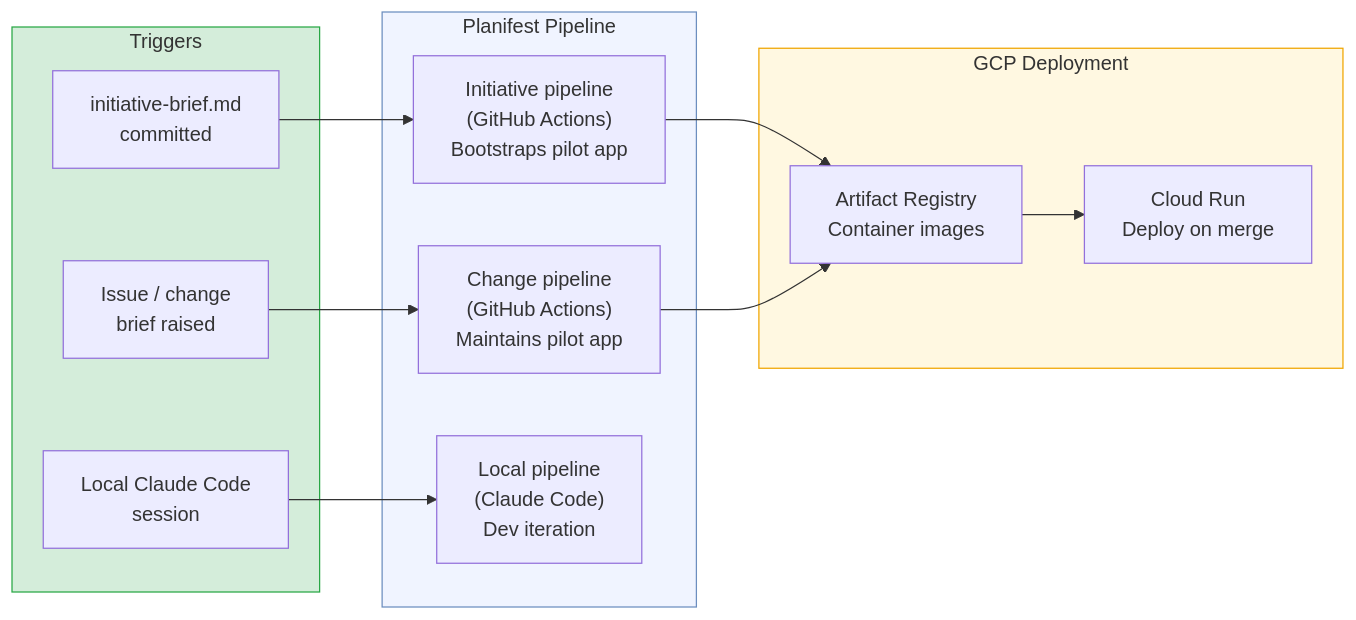
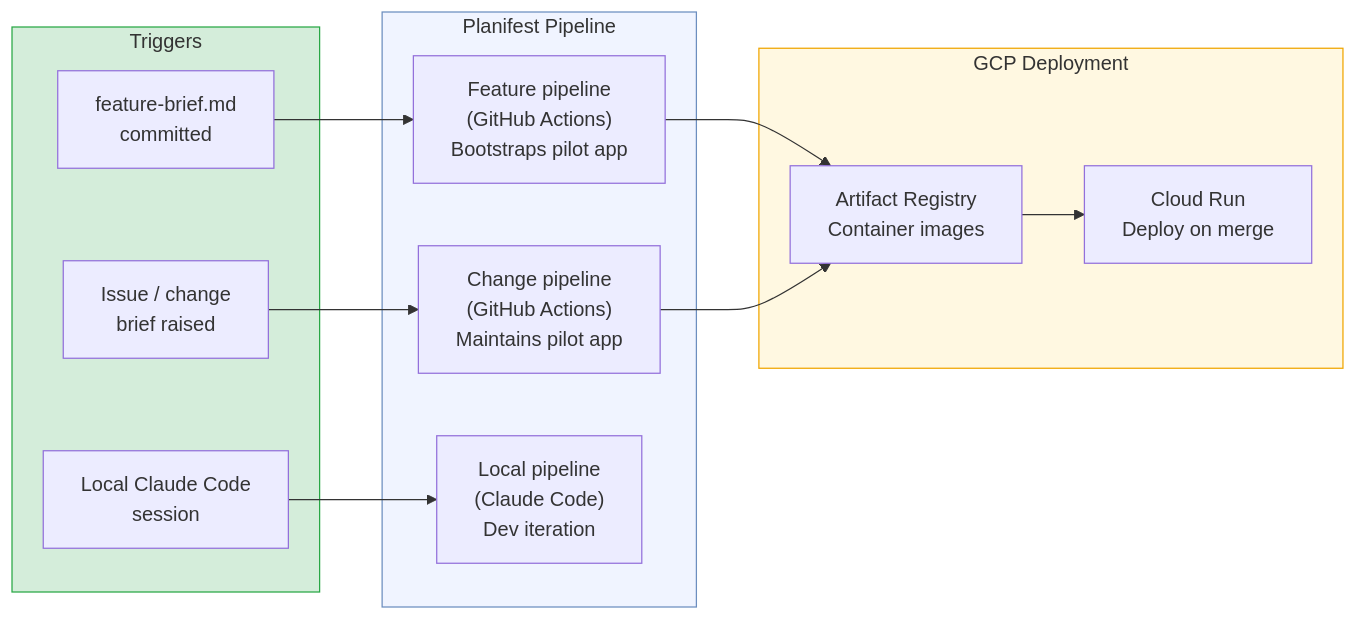
One commit to planifest/planifest-website changed the second of 2 diagrams in planifest-docs/p011-planifest-pilot-app.md. Above: the diagram before and after it, drawn with Mermaid. The commit also changed other lines of this file and 8 other files, not shown here.

````diff
--- a/planifest-docs/p011-planifest-pilot-app.md
+++ b/planifest-docs/p011-planifest-pilot-app.md
@@ -209,30 +204,30 @@
 ```mermaid
 flowchart LR
     subgraph TRIGGER["Triggers"]
-        T1["initiative-brief.md\ncommitted"]
+        T1["feature-brief.md\ncommitted"]
         T2["Issue / change\nbrief raised"]
         T3["Local Claude Code\nsession"]
     end
 
     subgraph PIPELINE["Planifest Pipeline"]
-        P1["Initiative pipeline\n(GitHub Actions)\nBootstraps pilot app"]
+        P1["Feature pipeline\n(GitHub Actions)\nBootstraps pilot app"]
         P2["Change pipeline\n(GitHub Actions)\nMaintains pilot app"]
         P3["Local pipeline\n(Claude Code)\nDev iteration"]
     end
 
     subgraph GCP2["GCP Deployment"]
         D1["Artifact Registry\nContainer images"]
         D2["Cloud Run\nDeploy on merge"]
     end
 
     T1 --> P1
     T2 --> P2
     T3 --> P3
     P1 --> D1
     P2 --> D1
     D1 --> D2
 
     style TRIGGER fill:#d4edda,stroke:#28a745
     style PIPELINE fill:#f0f4ff,stroke:#6c8ebf
     style GCP2 fill:#fff8e1,stroke:#f0a500
 ```
````
